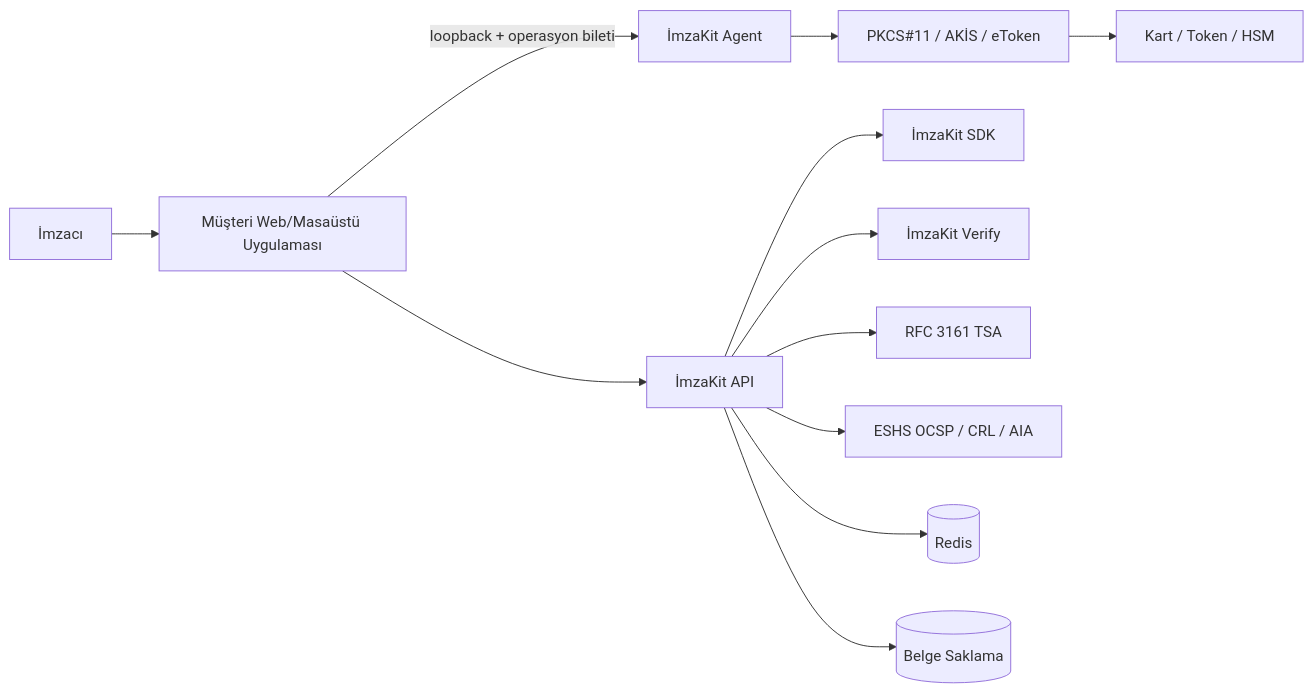
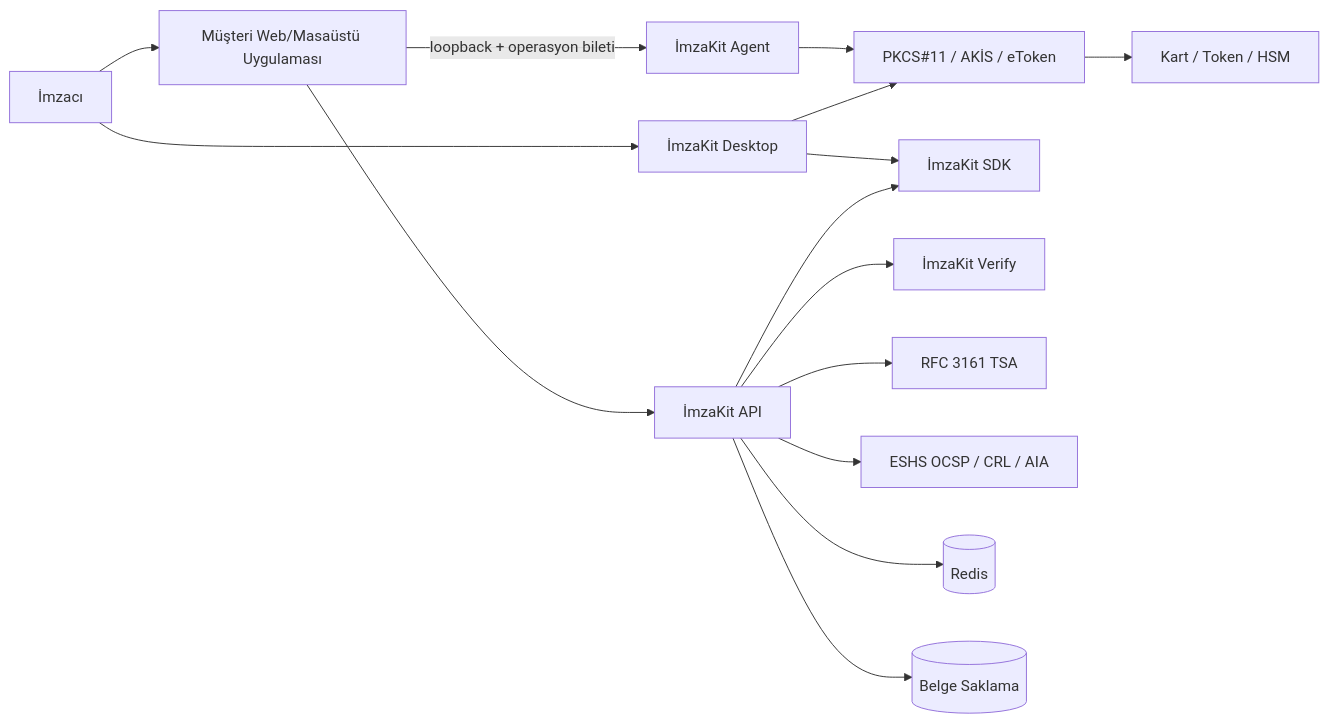
The first of 3 diagrams in frd/mimari/sistem-mimarisi.md (yasinilkalp/imzakit), drawn with Mermaid before and after one commit. The commit also changed other lines of this file and 11 other files, not shown here.

````diff
--- a/frd/mimari/sistem-mimarisi.md
+++ b/frd/mimari/sistem-mimarisi.md
@@ -5,14 +5,17 @@
 ```mermaid
 flowchart LR
     U[İmzacı] --> W[Müşteri Web/Masaüstü Uygulaması]
+    U --> Desk[İmzaKit Desktop]
     W --> API[İmzaKit API]
     W -->|loopback + operasyon bileti| A[İmzaKit Agent]
     A --> P11[PKCS#11 / AKİS / eToken]
+    Desk --> SDK[İmzaKit SDK]
+    Desk --> P11
     P11 --> K[Kart / Token / HSM]
-    API --> SDK[İmzaKit SDK]
+    API --> SDK
     API --> V[İmzaKit Verify]
     API --> TSA[RFC 3161 TSA]
     API --> E[ESHS OCSP / CRL / AIA]
     API --> R[(Redis)]
     API --> D[(Belge Saklama)]
 ```
````
